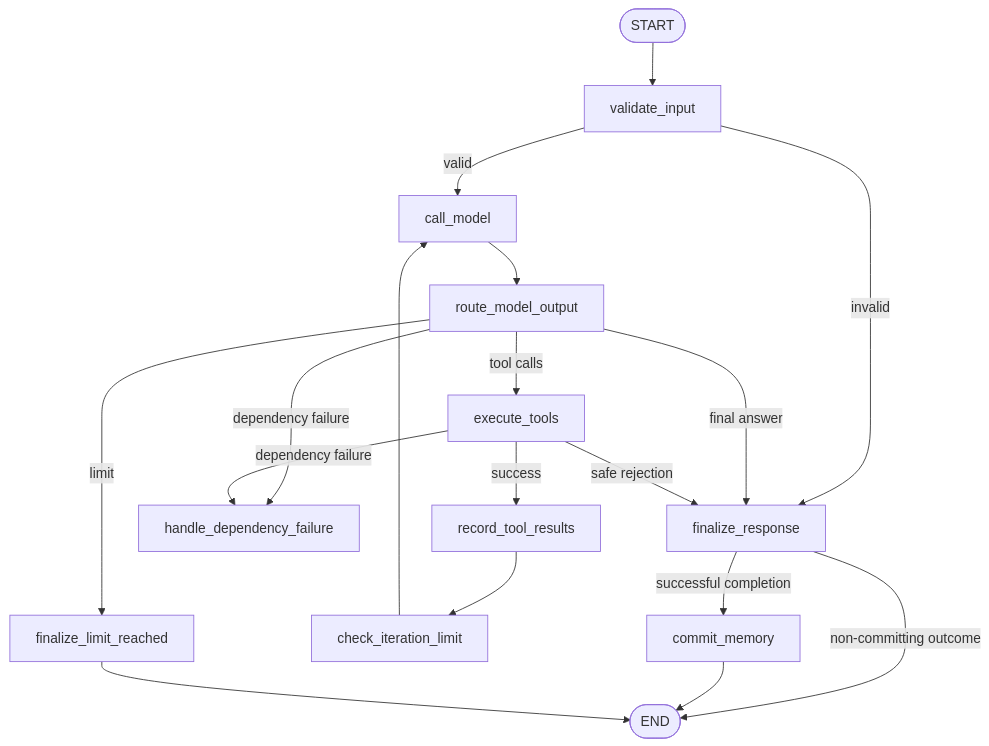
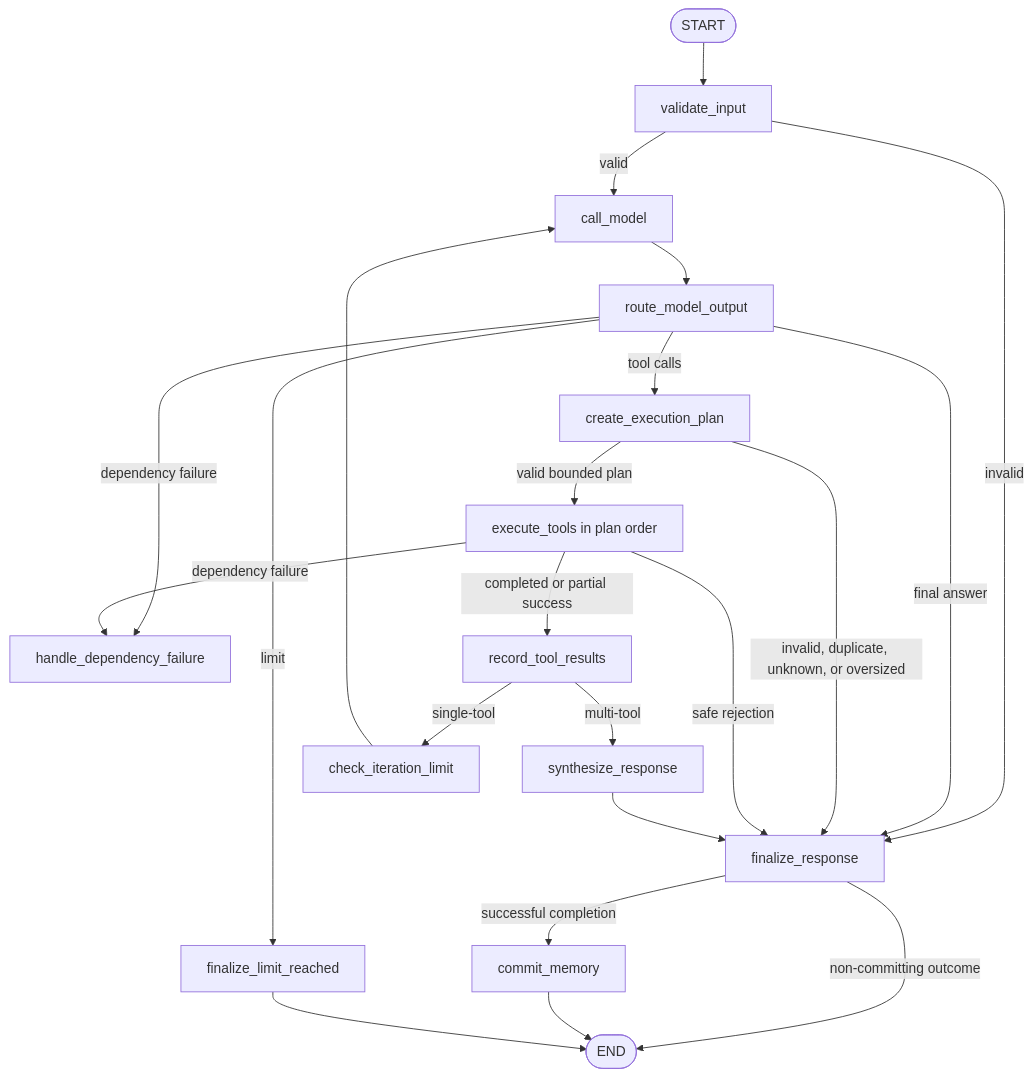
Before and after one commit to Yeabsira1234/ngo_rag: the diagram in README.md, drawn with Mermaid. The commit also changed other lines of this file and 10 other files, not shown here.

Commit message:
Add multi-step cross-tool agent workflows

````diff
--- a/README.md
+++ b/README.md
@@ -85,20 +86,24 @@
 ```mermaid
 flowchart TD
     S([START]) --> V[validate_input]
     V -->|valid| M[call_model]
     V -->|invalid| F[finalize_response]
     M --> R[route_model_output]
     R -->|final answer| F
-    R -->|tool calls| T[execute_tools]
+    R -->|tool calls| P[create_execution_plan]
     R -->|limit| L[finalize_limit_reached]
     R -->|dependency failure| E[handle_dependency_failure]
-    T -->|success| O[record_tool_results]
+    P -->|valid bounded plan| T[execute_tools in plan order]
+    P -->|invalid, duplicate, unknown, or oversized| F
+    T -->|completed or partial success| O[record_tool_results]
     T -->|safe rejection| F
     T -->|dependency failure| E
-    O --> I[check_iteration_limit]
+    O -->|multi-tool| Y[synthesize_response]
+    O -->|single-tool| I[check_iteration_limit]
+    Y --> F
     I --> M
     F -->|successful completion| C[commit_memory]
     F -->|non-committing outcome| X([END])
     C --> X
     L --> X
 ```
````
